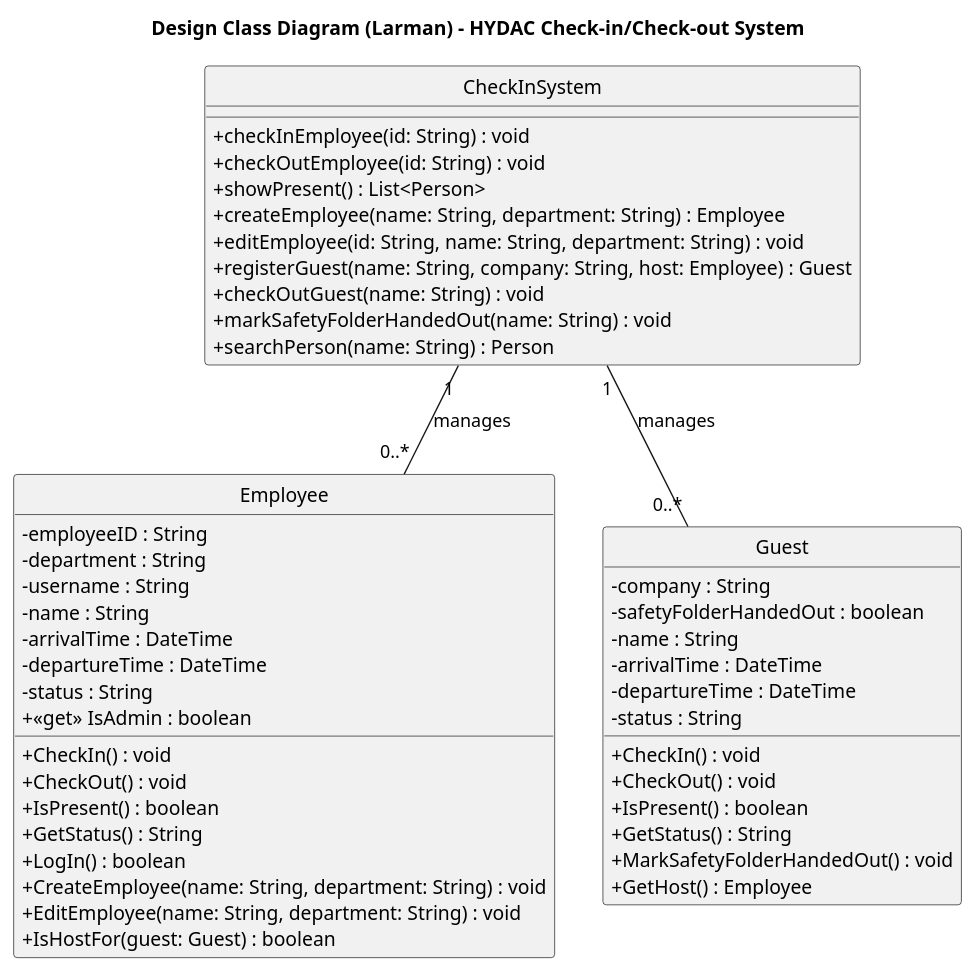
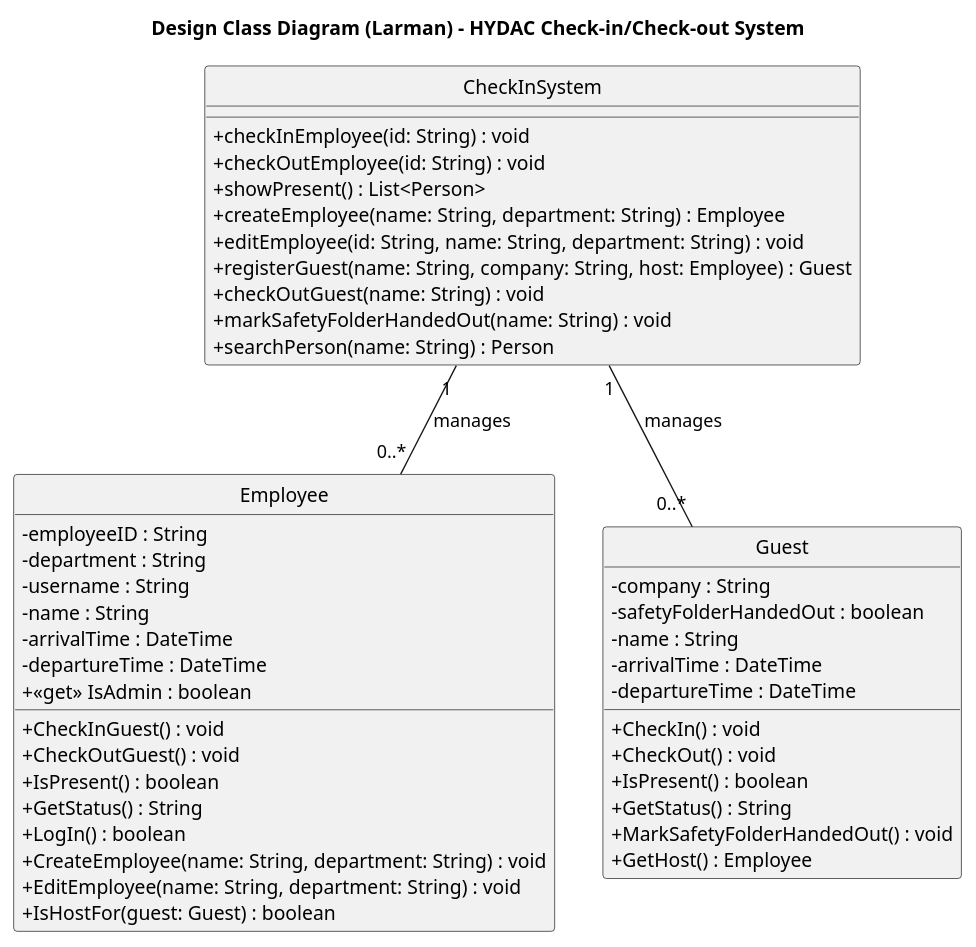
Before and after one commit to albla20/HydacTeamA4: the diagram in Artifacts/DesignClassDiagram(English).puml, drawn with PlantUML. The commit also changed 1 other file, not shown here.

Commit message:
fjernet status fra fields

```diff
--- a/Artifacts/DesignClassDiagram(English).puml
+++ b/Artifacts/DesignClassDiagram(English).puml
@@ -1,61 +1,55 @@
 @startuml DesignClassDiagram
 title Design Class Diagram (Larman) - HYDAC Check-in/Check-out System
 
 hide circle
 skinparam classAttributeIconSize 0
 hide emptymembers
 
 class CheckInSystem {
   + checkInEmployee(id: String) : void
   + checkOutEmployee(id: String) : void
   + showPresent() : List<Person>
   + createEmployee(name: String, department: String) : Employee
   + editEmployee(id: String, name: String, department: String) : void
   + registerGuest(name: String, company: String, host: Employee) : Guest
   + checkOutGuest(name: String) : void
   + markSafetyFolderHandedOut(name: String) : void
   + searchPerson(name: String) : Person
 }
 
 class Employee {
   - employeeID : String
   - department : String
   - username : String
   - name : String
   - arrivalTime : DateTime
   - departureTime : DateTime
-  - status : String
   + <<get>> IsAdmin : boolean
-  + CheckIn() : void
-  + CheckOut() : void
+  + CheckInGuest() : void
+  + CheckOutGuest() : void
   + IsPresent() : boolean
   + GetStatus() : String
   + LogIn() : boolean
   + CreateEmployee(name: String, department: String) : void
   + EditEmployee(name: String, department: String) : void
   + IsHostFor(guest: Guest) : boolean
 }
 
 class Guest {
   - company : String
   - safetyFolderHandedOut : boolean
   - name : String
   - arrivalTime : DateTime
   - departureTime : DateTime
-  - status : String
   + CheckIn() : void
   + CheckOut() : void
   + IsPresent() : boolean
   + GetStatus() : String
   + MarkSafetyFolderHandedOut() : void
   + GetHost() : Employee
 }
 
 CheckInSystem "1" -- "0..*" Employee : manages
 CheckInSystem "1" -- "0..*" Guest : manages
 
-
-
-
-
 @enduml
```
